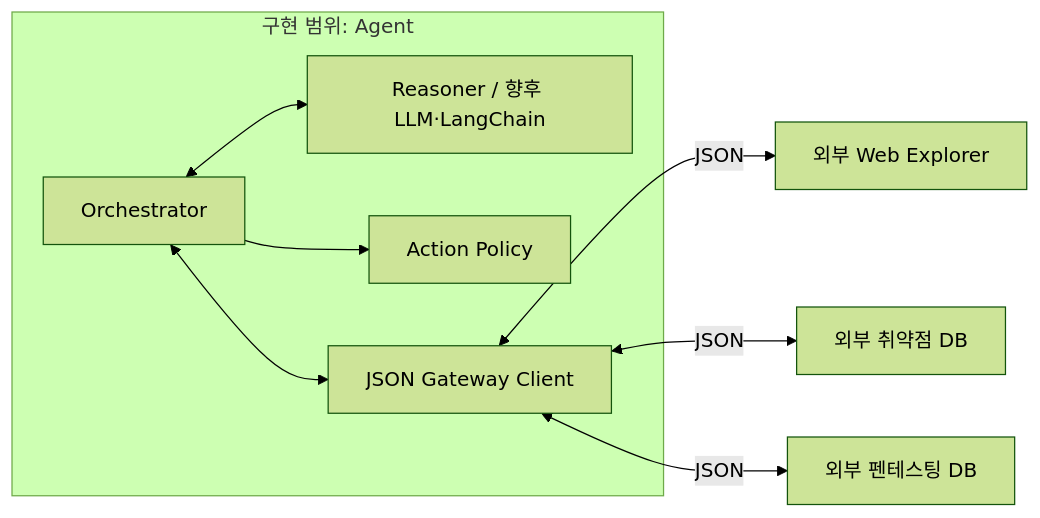
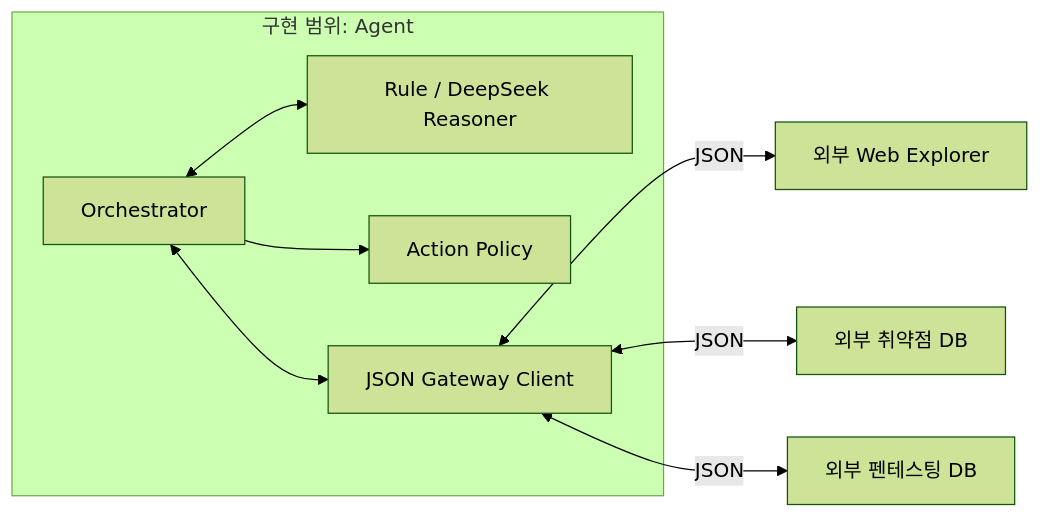
One commit to typemnm/FSL-CA3P changed the diagram in agent/DEVELOPMENT_PLAN.md. Above: the diagram before and after it, drawn with Mermaid (forest theme). The commit also changed other lines of this file and 41 other files, not shown here.

````diff
--- a/agent/DEVELOPMENT_PLAN.md
+++ b/agent/DEVELOPMENT_PLAN.md
@@ -7,20 +7,20 @@
 ```mermaid
 flowchart LR
     W[외부 Web Explorer]
     V[외부 취약점 DB]
     P[외부 펜테스팅 DB]
 
     subgraph A[구현 범위: Agent]
         O[Orchestrator]
-        R[Reasoner / 향후 LLM·LangChain]
+        R[Rule / DeepSeek Reasoner]
         G[Action Policy]
         J[JSON Gateway Client]
         O <--> R
         O --> G
         O <--> J
     end
 
     J <-->|JSON| W
     J <-->|JSON| V
     J <-->|JSON| P
 ```
````
